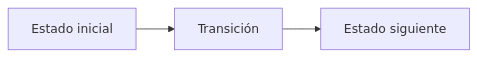
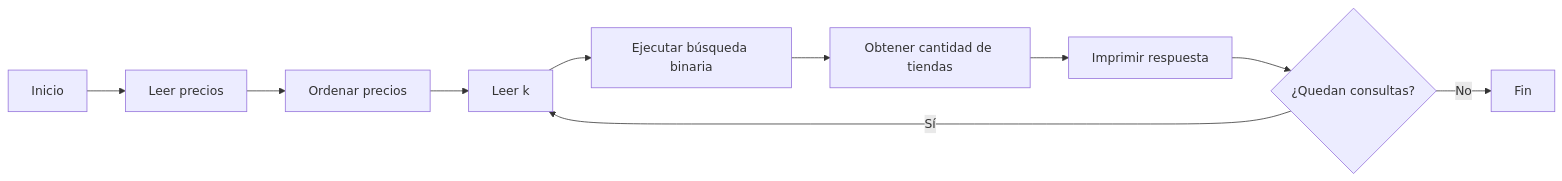
One commit to CPC-UAEH/Editoriales changed the diagram in Miscelaneo/comida_interesante.md. Above: the diagram before and after it, drawn with Mermaid. The commit also changed other lines of this file, not shown here.

````diff
--- a/Miscelaneo/comida_interesante.md
+++ b/Miscelaneo/comida_interesante.md
@@ -100,5 +112,12 @@
 ```mermaid
 flowchart LR
-    A[Estado inicial] --> B[Transición]
-    B --> C[Estado siguiente]
+    A[Inicio] --> B[Leer precios]
+    B --> C[Ordenar precios]
+    C --> D[Leer k]
+    D --> E[Ejecutar búsqueda binaria]
+    E --> F[Obtener cantidad de tiendas]
+    F --> G[Imprimir respuesta]
+    G --> H{¿Quedan consultas?}
+    H -- Sí --> D
+    H -- No --> I[Fin]
 ```
````
